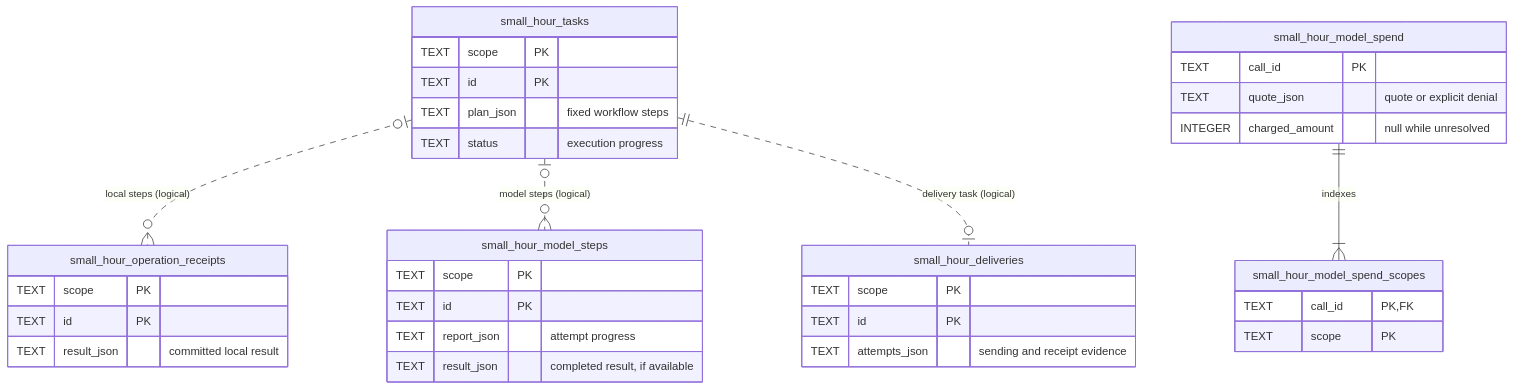
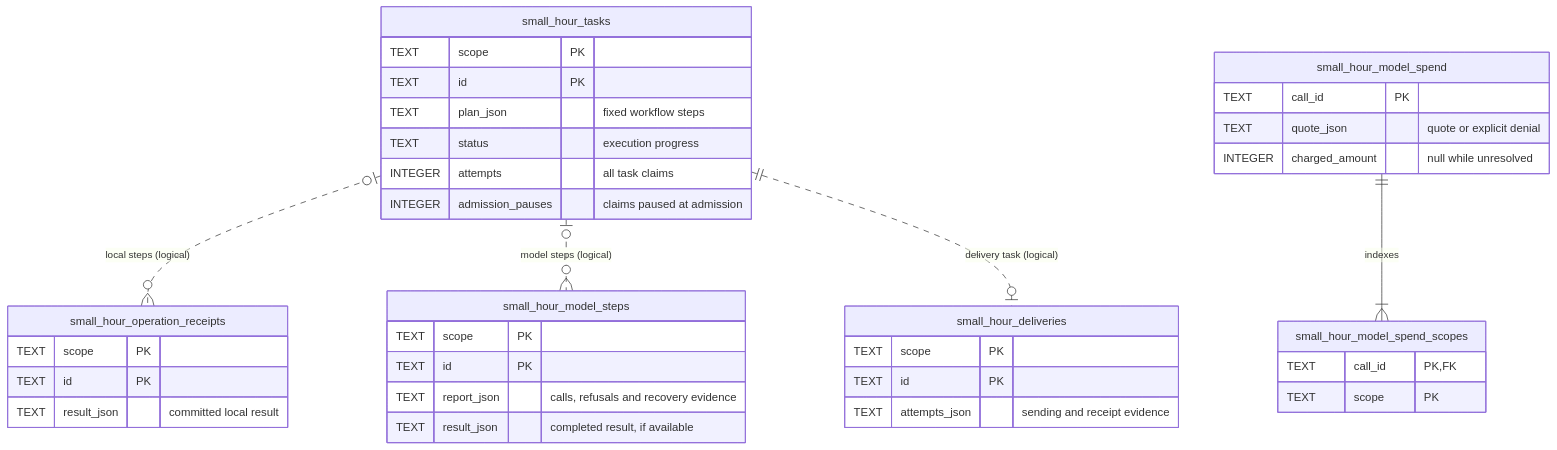
Before and after one commit to jingyufanclub/small-hour: the diagram in docs/storage-schema.md, drawn with Mermaid. The commit also changed other lines of this file and 18 other files, not shown here.

First line of the commit message:
Preserve retry allowances through admission pauses (#39)

````diff
--- a/docs/storage-schema.md
+++ b/docs/storage-schema.md
@@ -11,40 +11,42 @@
 ```mermaid
 erDiagram
     accTitle: Small Hour's saved records
     accDescr: Tasks may have local receipts, model steps, or delivery evidence. Each spending call has budget memberships that reference its single charge. Only that membership relationship is a database foreign key.
     small_hour_tasks |o..o{ small_hour_operation_receipts : "local steps (logical)"
     small_hour_tasks |o..o{ small_hour_model_steps : "model steps (logical)"
     small_hour_tasks ||..o| small_hour_deliveries : "delivery task (logical)"
     small_hour_model_spend ||--|{ small_hour_model_spend_scopes : indexes
     small_hour_tasks {
         TEXT scope PK
         TEXT id PK
         TEXT plan_json "fixed workflow steps"
         TEXT status "execution progress"
+        INTEGER attempts "all task claims"
+        INTEGER admission_pauses "claims paused at admission"
     }
     small_hour_operation_receipts {
         TEXT scope PK
         TEXT id PK
         TEXT result_json "committed local result"
     }
     small_hour_model_steps {
         TEXT scope PK
         TEXT id PK
-        TEXT report_json "attempt progress"
+        TEXT report_json "calls, refusals and recovery evidence"
         TEXT result_json "completed result, if available"
     }
     small_hour_deliveries {
         TEXT scope PK
         TEXT id PK
         TEXT attempts_json "sending and receipt evidence"
     }
     small_hour_model_spend {
         TEXT call_id PK
         TEXT quote_json "quote or explicit denial"
         INTEGER charged_amount "null while unresolved"
     }
     small_hour_model_spend_scopes {
         TEXT call_id PK,FK
         TEXT scope PK
     }
 ```
````
